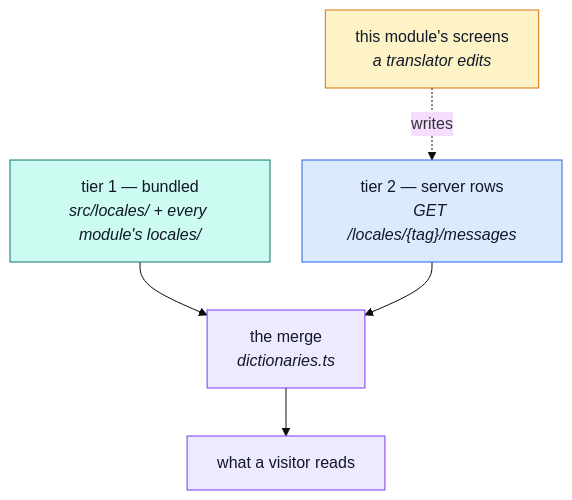
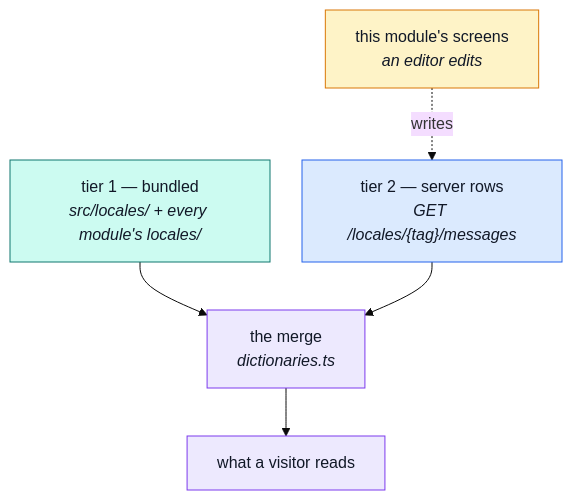
One commit to Guebbit/boilerplate-vue-frontend changed the diagram in docs/modules/locales-overrides.md. Above: the diagram before and after it, drawn with Mermaid (base theme). The commit also changed other lines of this file and 22 other files, not shown here.

````diff
--- a/docs/modules/locales-overrides.md
+++ b/docs/modules/locales-overrides.md
@@ -13,17 +13,17 @@
 ```mermaid
 %%{init: {'flowchart': {'nodeSpacing': 32, 'rankSpacing': 48}}}%%
 flowchart TD
     B["tier 1 — bundled<br/><i>src/locales/ + every module's locales/</i>"] --> M["the merge<br/><i>dictionaries.ts</i>"]
     S["tier 2 — server rows<br/><i>GET /locales/{tag}/messages</i>"] --> M
     M --> R["what a visitor reads"]
-    A["this module's screens<br/><i>a translator edits</i>"] -.->|"writes"| S
+    A["this module's screens<br/><i>an editor edits</i>"] -.->|"writes"| S
 
     classDef bundled fill:#ccfbf1,stroke:#0f766e,color:#111827;
     classDef server fill:#dbeafe,stroke:#2563eb,color:#111827;
     classDef merge fill:#ede9fe,stroke:#7c3aed,color:#111827;
     classDef author fill:#fef3c7,stroke:#d97706,color:#111827;
     class B bundled;
     class S server;
     class M,R merge;
     class A author;
 ```
````
